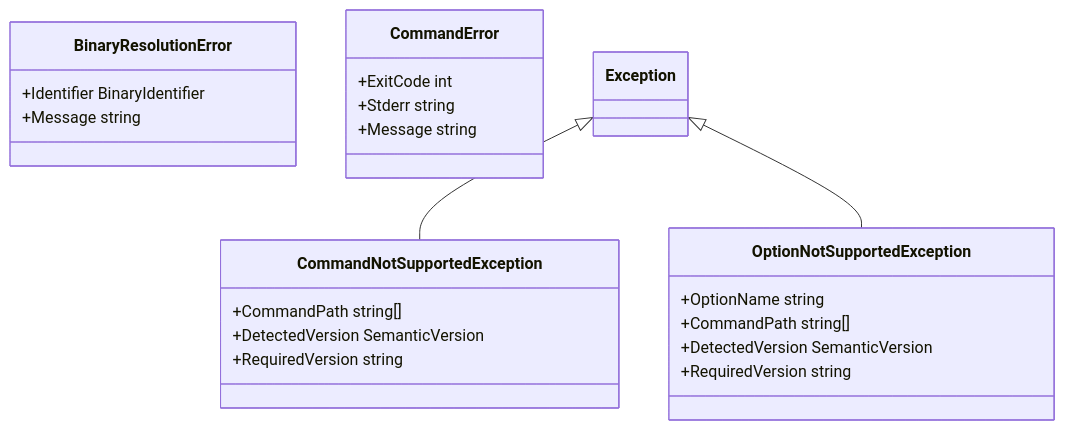
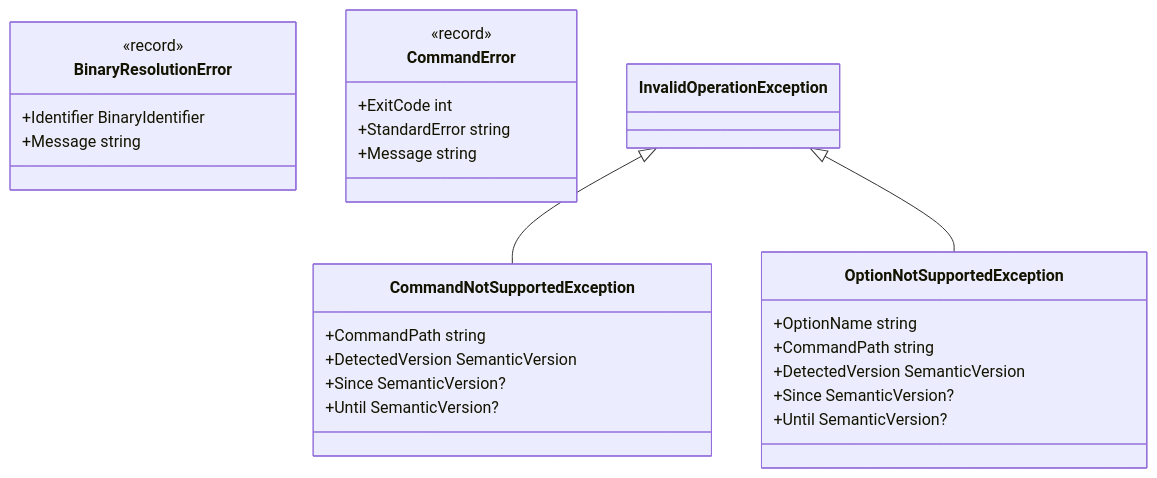
One commit to FrenchExDev/FrenchExDev changed the fifth of 14 diagrams in Net/FrenchExDev/BinaryWrapper/doc/ARCHITECTURE.md. Above: the diagram before and after it, drawn with Mermaid. The commit also changed other lines of this file and 29723 other files, not shown here.

````diff
--- a/Net/FrenchExDev/BinaryWrapper/doc/ARCHITECTURE.md
+++ b/Net/FrenchExDev/BinaryWrapper/doc/ARCHITECTURE.md
@@ -288,26 +354,30 @@
 ```mermaid
 classDiagram
     class BinaryResolutionError {
+        <<record>>
         +Identifier BinaryIdentifier
         +Message string
     }
     class CommandError {
+        <<record>>
         +ExitCode int
-        +Stderr string
+        +StandardError string
         +Message string
     }
     class CommandNotSupportedException {
-        +CommandPath string[]
+        +CommandPath string
         +DetectedVersion SemanticVersion
-        +RequiredVersion string
+        +Since SemanticVersion?
+        +Until SemanticVersion?
     }
     class OptionNotSupportedException {
         +OptionName string
-        +CommandPath string[]
+        +CommandPath string
         +DetectedVersion SemanticVersion
-        +RequiredVersion string
+        +Since SemanticVersion?
+        +Until SemanticVersion?
     }
 
-    Exception <|-- CommandNotSupportedException
-    Exception <|-- OptionNotSupportedException
+    InvalidOperationException <|-- CommandNotSupportedException
+    InvalidOperationException <|-- OptionNotSupportedException
 ```
````
